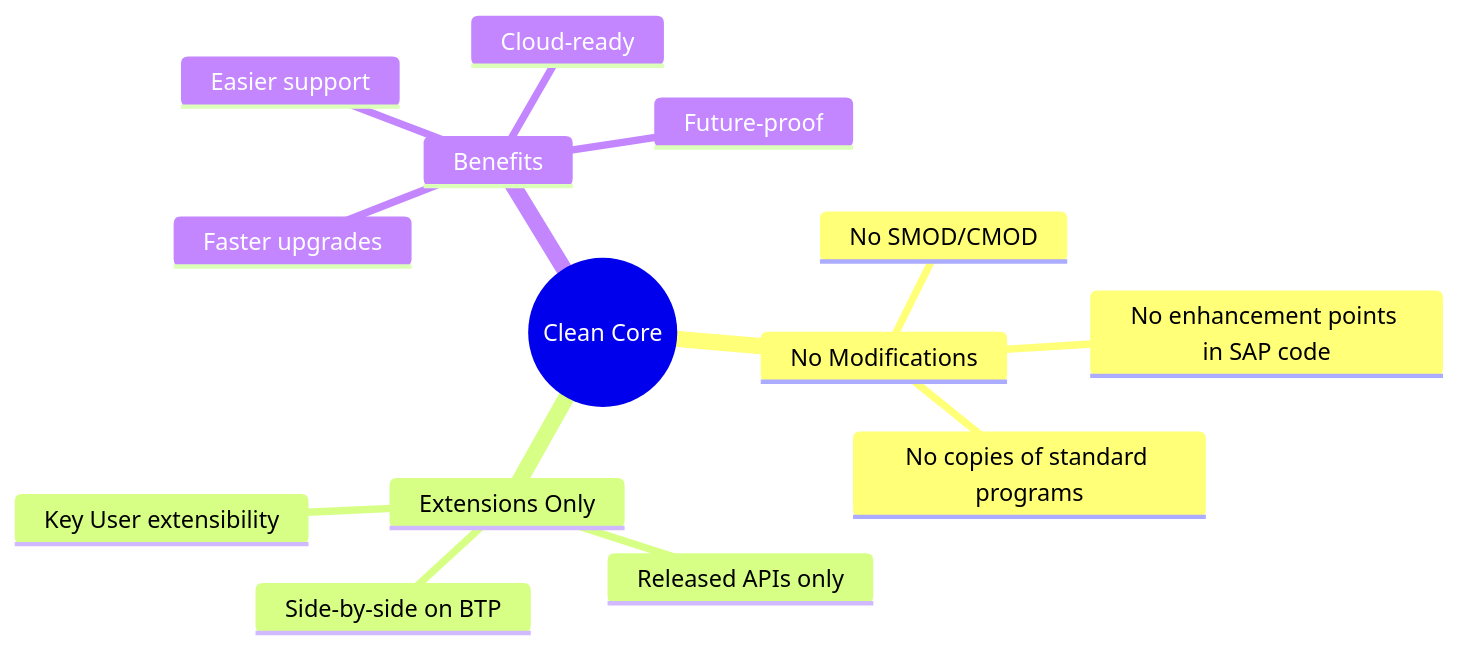
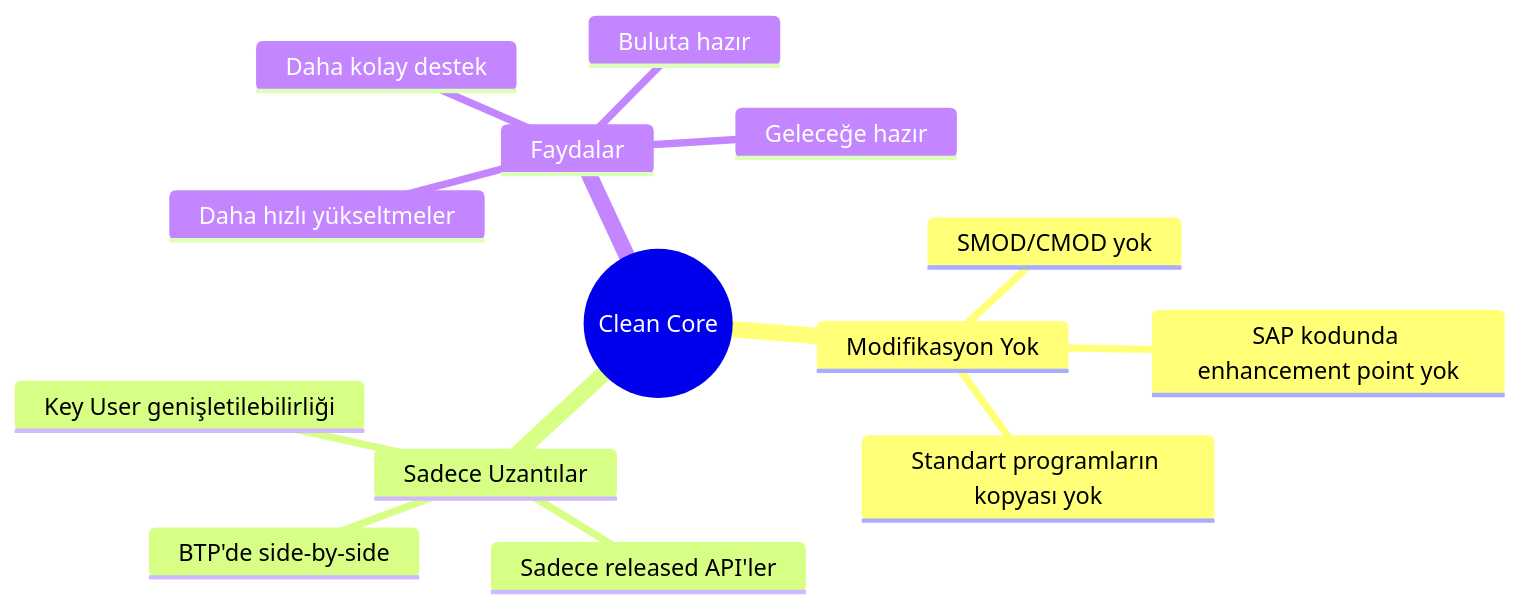
One commit to beyhanmeyrali/sap-all changed the first of 5 diagrams in Technical Tutorials/BTP/TR/chapters/17-clean-core.md. Above: the diagram before and after it, drawn with Mermaid. The commit also changed other lines of this file and 2 other files, not shown here.

````diff
--- a/Technical Tutorials/BTP/TR/chapters/17-clean-core.md
+++ b/Technical Tutorials/BTP/TR/chapters/17-clean-core.md
@@ -13,17 +13,17 @@
 ```mermaid
 mindmap
   root((Clean Core))
-    No Modifications
-      No SMOD/CMOD
-      No enhancement points in SAP code
-      No copies of standard programs
-    Extensions Only
-      Side-by-side on BTP
-      Released APIs only
-      Key User extensibility
-    Benefits
-      Faster upgrades
-      Easier support
-      Cloud-ready
-      Future-proof
+    Modifikasyon Yok
+      SMOD/CMOD yok
+      SAP kodunda enhancement point yok
+      Standart programların kopyası yok
+    Sadece Uzantılar
+      BTP'de side-by-side
+      Sadece released API'ler
+      Key User genişletilebilirliği
+    Faydalar
+      Daha hızlı yükseltmeler
+      Daha kolay destek
+      Buluta hazır
+      Geleceğe hazır
 ```
````
